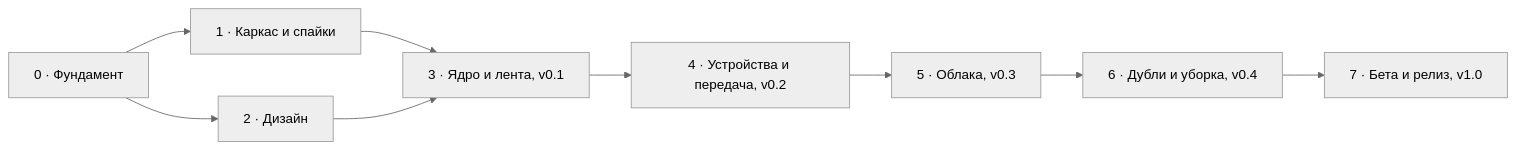
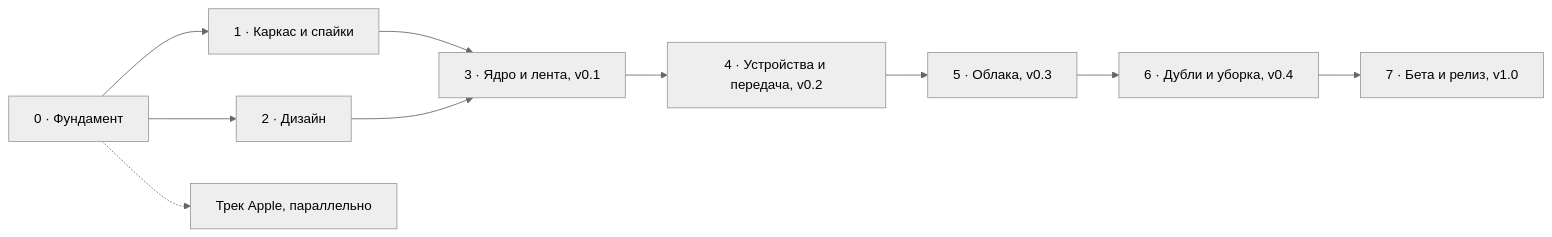
One commit to intelbetteramd-sys/homeroll changed the diagram in docs/development-plan.md. Above: the diagram before and after it, drawn with Mermaid (neutral theme). The commit also changed other lines of this file and 14 other files, not shown here.

````diff
--- a/docs/development-plan.md
+++ b/docs/development-plan.md
@@ -41,11 +42,12 @@
 ```mermaid
 flowchart LR
   P0["0 · Фундамент"] --> P1["1 · Каркас и спайки"]
   P0 --> P2["2 · Дизайн"]
   P1 --> P3["3 · Ядро и лента, v0.1"]
   P2 --> P3
   P3 --> P4["4 · Устройства и передача, v0.2"]
   P4 --> P5["5 · Облака, v0.3"]
   P5 --> P6["6 · Дубли и уборка, v0.4"]
   P6 --> P7["7 · Бета и релиз, v1.0"]
+  P0 -.-> A["Трек Apple, параллельно"]
 ```
````
